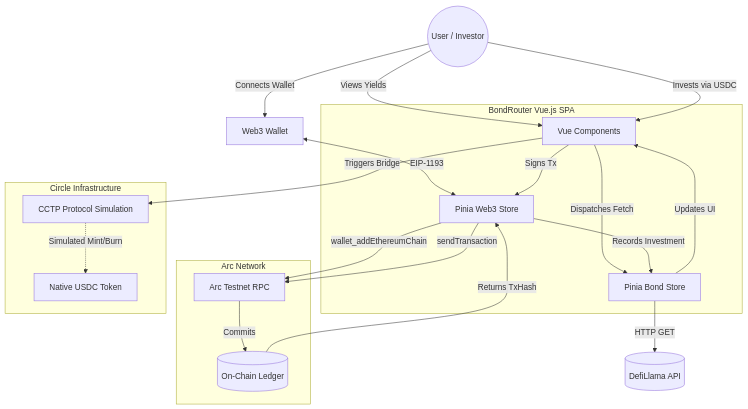
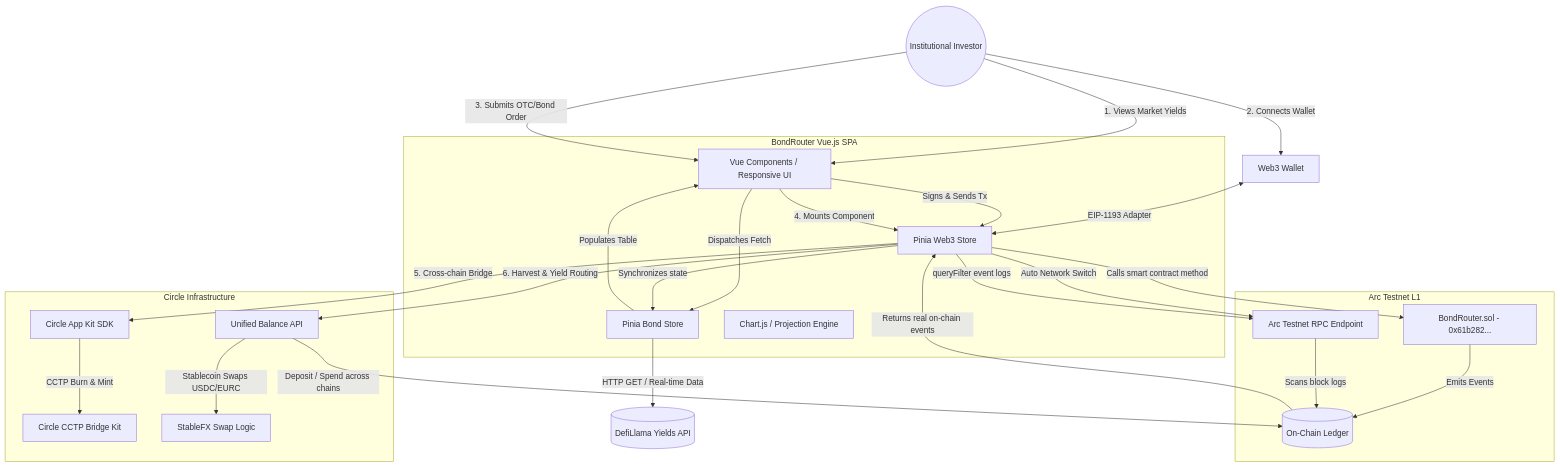
Before and after one commit to bong874vu-cyber/BondRouter: the diagram in docs/ARCHITECTURE.md, drawn with Mermaid. The commit also changed other lines of this file and 16 other files, not shown here.

````diff
--- a/docs/ARCHITECTURE.md
+++ b/docs/ARCHITECTURE.md
@@ -7,49 +9,61 @@
 ```mermaid
 graph TD
     %% Entities
-    User((User / Investor))
+    User((Institutional Investor))
     MetaMask[Web3 Wallet]
     
-    %% Frontend Core
+    %% Frontend Core (Kraken Design System)
     subgraph Frontend [BondRouter Vue.js SPA]
-        UI[Vue Components]
+        UI[Vue Components / Responsive UI]
         StoreB[Pinia Bond Store]
         StoreW[Pinia Web3 Store]
+        ChartEngine[Chart.js / Projection Engine]
     end
     
-    %% External Data
-    DefiLlama[(DefiLlama API)]
+    %% External Telemetry
+    DefiLlama[(DefiLlama Yields API)]
     
     %% Blockchain Layer
-    subgraph Arc Network
-        RPC[Arc Testnet RPC]
+    subgraph Arc Testnet L1
+        RPC[Arc Testnet RPC Endpoint]
+        Contract[BondRouter.sol - 0x61b282...]
         Ledger[(On-Chain Ledger)]
     end
     
-    %% CCTP / Circle
+    %% Circle Developer Stack
     subgraph Circle Infrastructure
-        CCTP[CCTP Protocol Simulation]
-        USDC[Native USDC Token]
+        AppKit[Circle App Kit SDK]
+        CCTP[Circle CCTP Bridge Kit]
+        UB[Unified Balance API]
+        StableFX[StableFX Swap Logic]
     end
 
-    %% Flows
-    User -->|Views Yields| UI
+    %% Flows & Interactions
+    User -->|1. Views Market Yields| UI
     UI -->|Dispatches Fetch| StoreB
-    StoreB -->|HTTP GET| DefiLlama
+    StoreB -->|HTTP GET / Real-time Data| DefiLlama
     
-    User -->|Connects Wallet| MetaMask
-    MetaMask <-->|EIP-1193| StoreW
-    StoreW -->|wallet_addEthereumChain| RPC
+    User -->|2. Connects Wallet| MetaMask
+    MetaMask <-->|EIP-1193 Adapter| StoreW
+    StoreW -->|Auto Network Switch| RPC
     
-    User -->|Invests via USDC| UI
-    UI -->|Triggers Bridge| CCTP
-    CCTP -.->|Simulated Mint/Burn| USDC
+    User -->|3. Submits OTC/Bond Order| UI
+    UI -->|Signs & Sends Tx| StoreW
+    StoreW -->|Calls smart contract method| Contract
+    Contract -->|Emits Events| Ledger
     
-    UI -->|Signs Tx| StoreW
-    StoreW -->|sendTransaction| RPC
-    RPC -->|Commits| Ledger
-    Ledger -->|Returns TxHash| StoreW
+    %% On-Chain Read Flow (No Mock Data)
+    UI -->|4. Mounts Component| StoreW
+    StoreW -->|queryFilter event logs| RPC
+    RPC -->|Scans block logs| Ledger
+    Ledger -->|Returns real on-chain events| StoreW
+    StoreW -->|Synchronizes state| StoreB
+    StoreB -->|Populates Table| UI
     
-    StoreW -->|Records Investment| StoreB
-    StoreB -->|Updates UI| UI
+    %% Circle SDK Flows
+    StoreW -->|5. Cross-chain Bridge| AppKit
+    AppKit -->|CCTP Burn & Mint| CCTP
+    StoreW -->|6. Harvest & Yield Routing| UB
+    UB -->|Deposit / Spend across chains| Ledger
+    UB -->|Stablecoin Swaps USDC/EURC| StableFX
 ```
````
